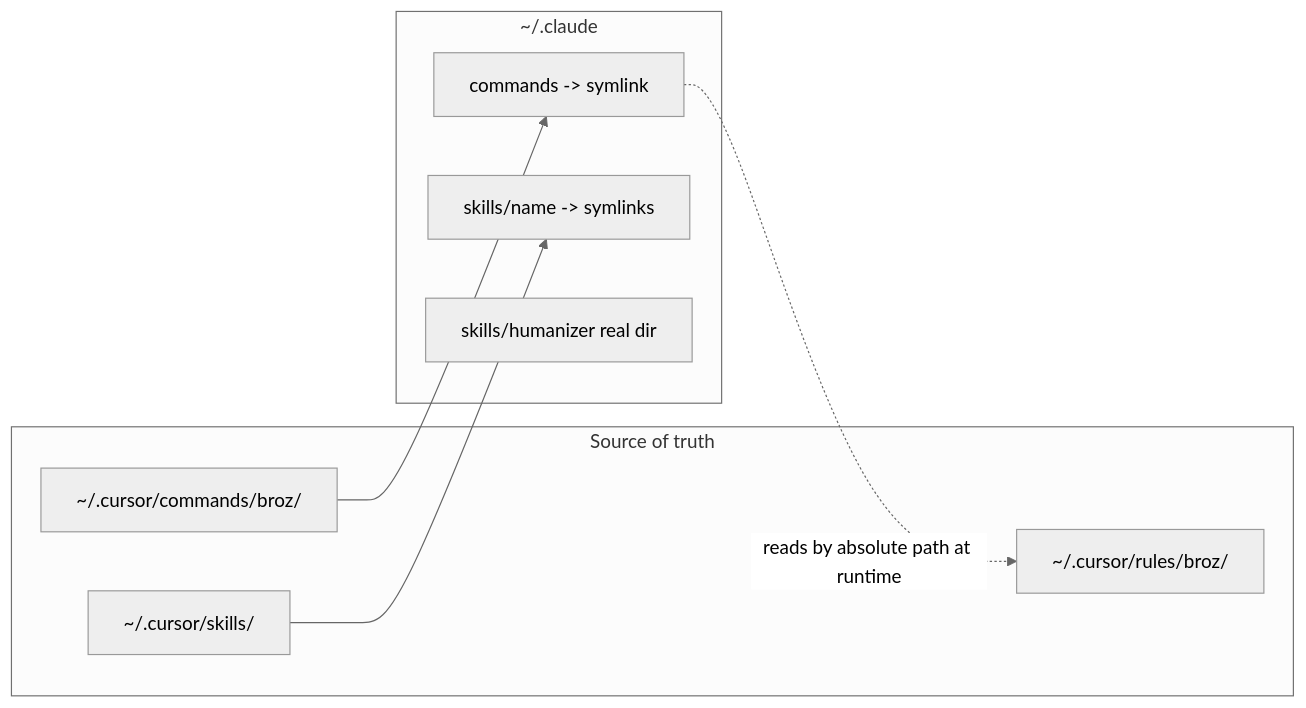
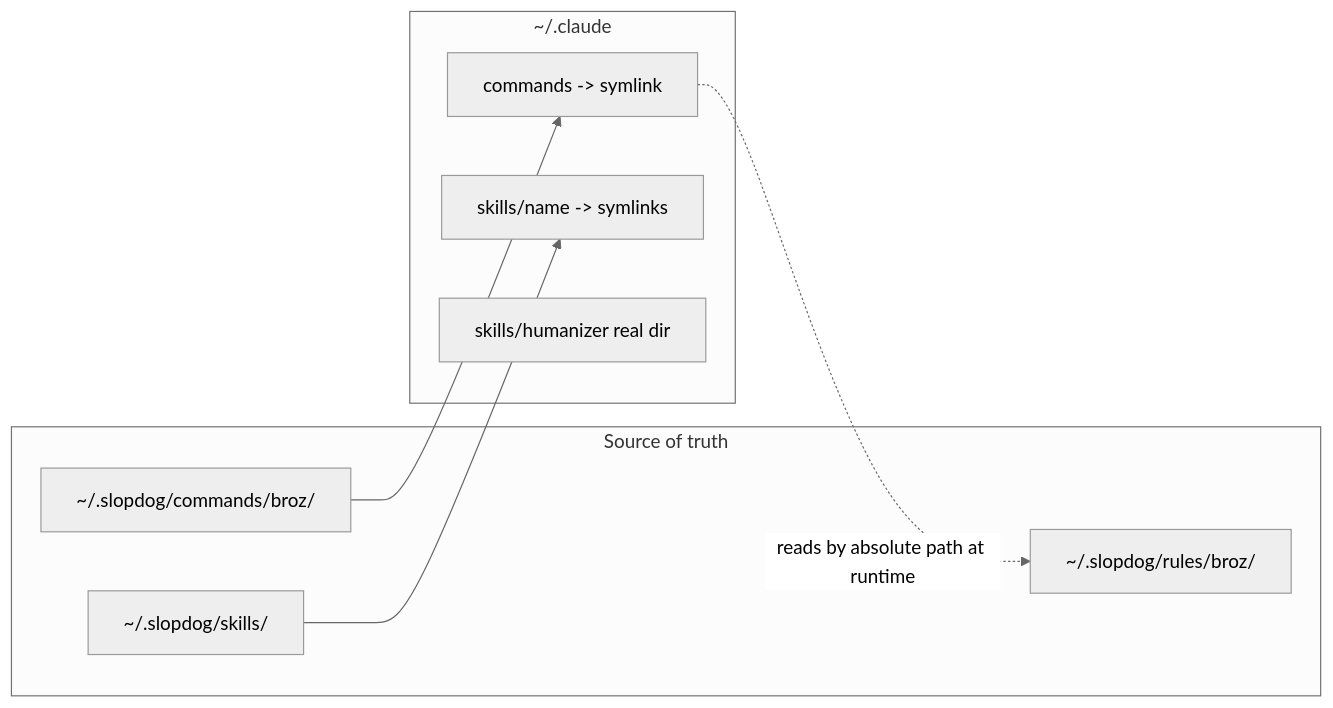
Before and after one commit to morrillt/slopdog-os: the diagram in plans/broz-os-claude-symlinks_27233711.plan.md, drawn with Mermaid (neutral theme). The commit also changed other lines of this file and 57 other files, not shown here.

First line of the commit message:
Move Broz OS to ~/.slopdog and generate the shims instead of copying them

````diff
--- a/plans/broz-os-claude-symlinks_27233711.plan.md
+++ b/plans/broz-os-claude-symlinks_27233711.plan.md
@@ -36,16 +36,16 @@
 ```mermaid
 graph LR
   subgraph source [Source of truth]
-    CC[~/.cursor/commands/broz/]
-    CS[~/.cursor/skills/]
-    CR[~/.cursor/rules/broz/]
+    CC[~/.slopdog/commands/broz/]
+    CS[~/.slopdog/skills/]
+    CR[~/.slopdog/rules/broz/]
   end
   subgraph claude [~/.claude]
     ClC[commands -> symlink]
     ClS[skills/name -> symlinks]
     HUM[skills/humanizer real dir]
   end
   CC --> ClC
   CS --> ClS
   ClC -.->|"reads by absolute path at runtime"| CR
 ```
````
